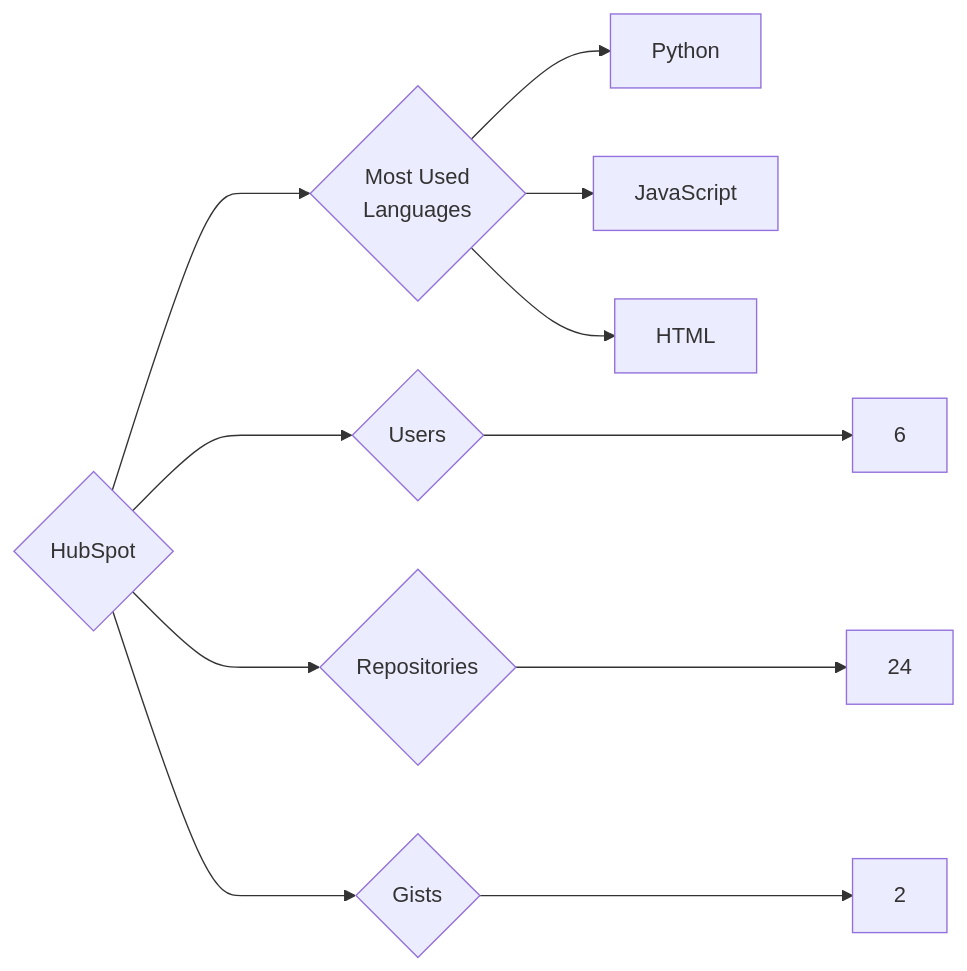
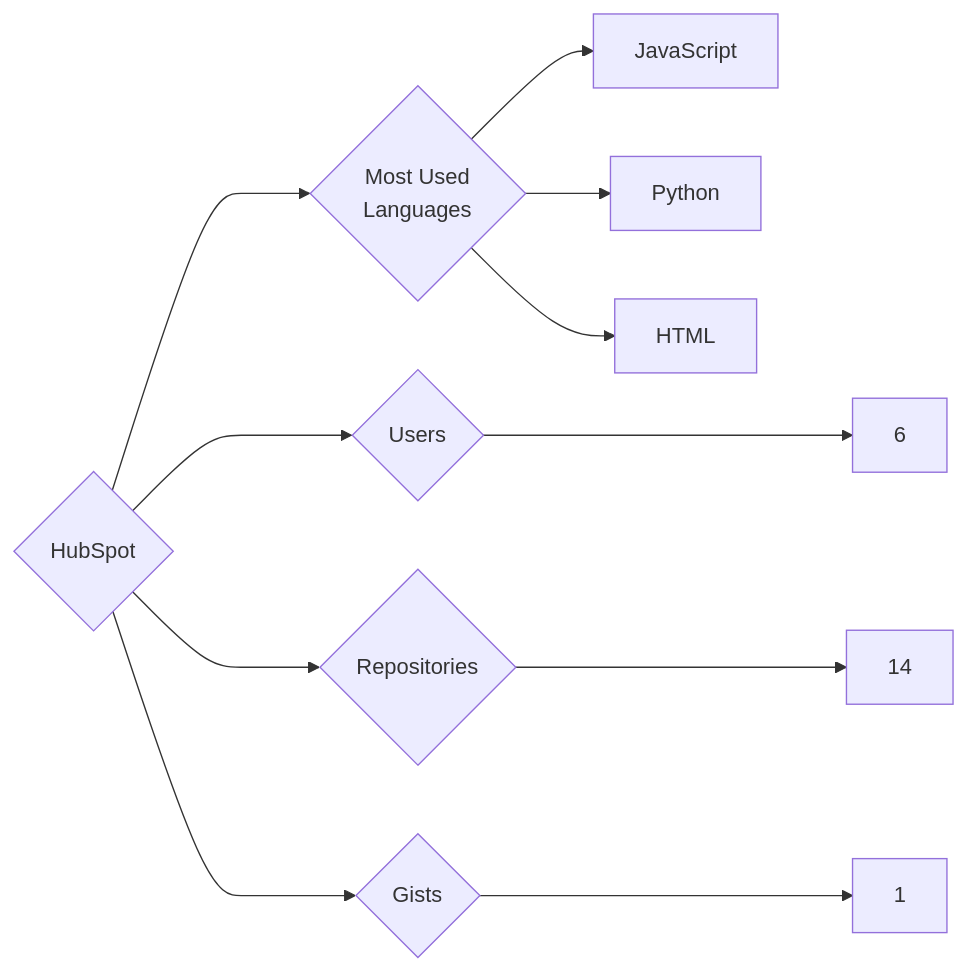
Before and after one commit to trickest/insiders: the diagram in targets/HubSpot/README.md, drawn with Mermaid. The commit also changed 783 other files, not shown here.

````diff
--- a/targets/HubSpot/README.md
+++ b/targets/HubSpot/README.md
@@ -3,11 +3,11 @@
 ```mermaid
 graph LR
 COMPANY_NAME{HubSpot}
 COMPANY_NAME ---> U{Users} ---> UN[6]
-COMPANY_NAME ---> R{Repositories} ---> RN[24]
-COMPANY_NAME ---> G{Gists} ---> GN[2]
+COMPANY_NAME ---> R{Repositories} ---> RN[14]
+COMPANY_NAME ---> G{Gists} ---> GN[1]
 COMPANY_NAME ---> ML{Most Used<br>Languages}
+ML --> JavaScript[JavaScript]
 ML --> Python[Python]
-ML --> JavaScript[JavaScript]
 ML --> HTML[HTML]
 ```
````
